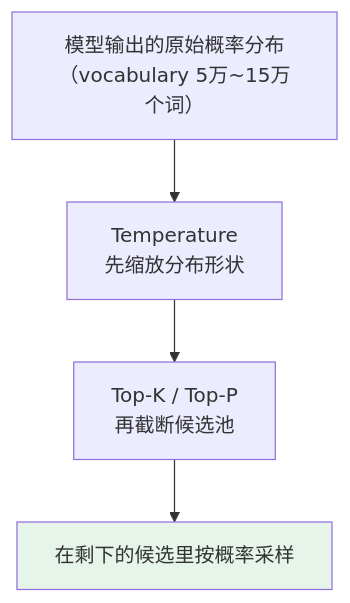
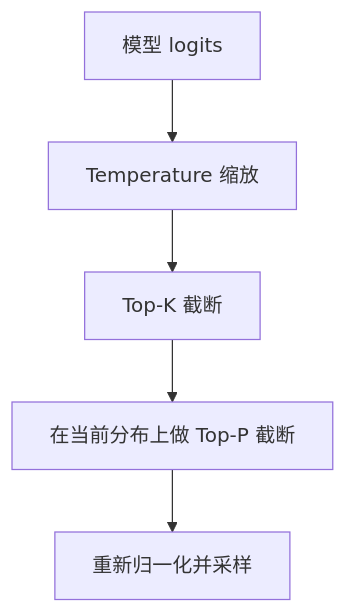
One commit to oneleaveknowsthefall/awesome-ai-roadmap changed the diagram in docs/llm/03-inference-serving/13-temperature-top-p-top-k.md. Above: the diagram before and after it, drawn with Mermaid. The commit also changed other lines of this file and 45 other files, not shown here.

````diff
--- a/docs/llm/03-inference-serving/13-temperature-top-p-top-k.md
+++ b/docs/llm/03-inference-serving/13-temperature-top-p-top-k.md
@@ -15,9 +17,7 @@
 ```mermaid
 flowchart TB
-    D["模型输出的原始概率分布<br/>（vocabulary 5万~15万个词）"]
-    D --> T["Temperature<br/>先缩放分布形状"]
-    T --> K["Top-K / Top-P<br/>再截断候选池"]
-    K --> S["在剩下的候选里按概率采样"]
-
-    style S fill:#e6f4ea
+    D["模型 logits"] --> T["Temperature 缩放"]
+    T --> K["Top-K 截断"]
+    K --> P["在当前分布上做 Top-P 截断"]
+    P --> N["重新归一化并采样"]
 ```
````
